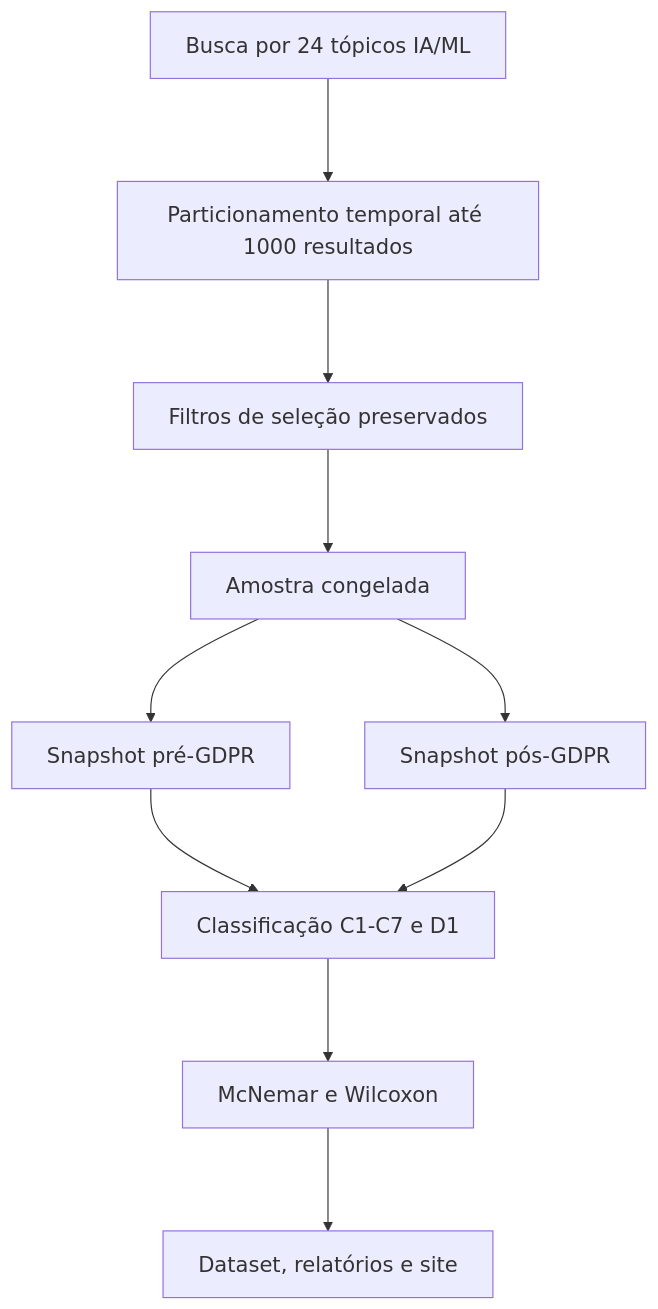
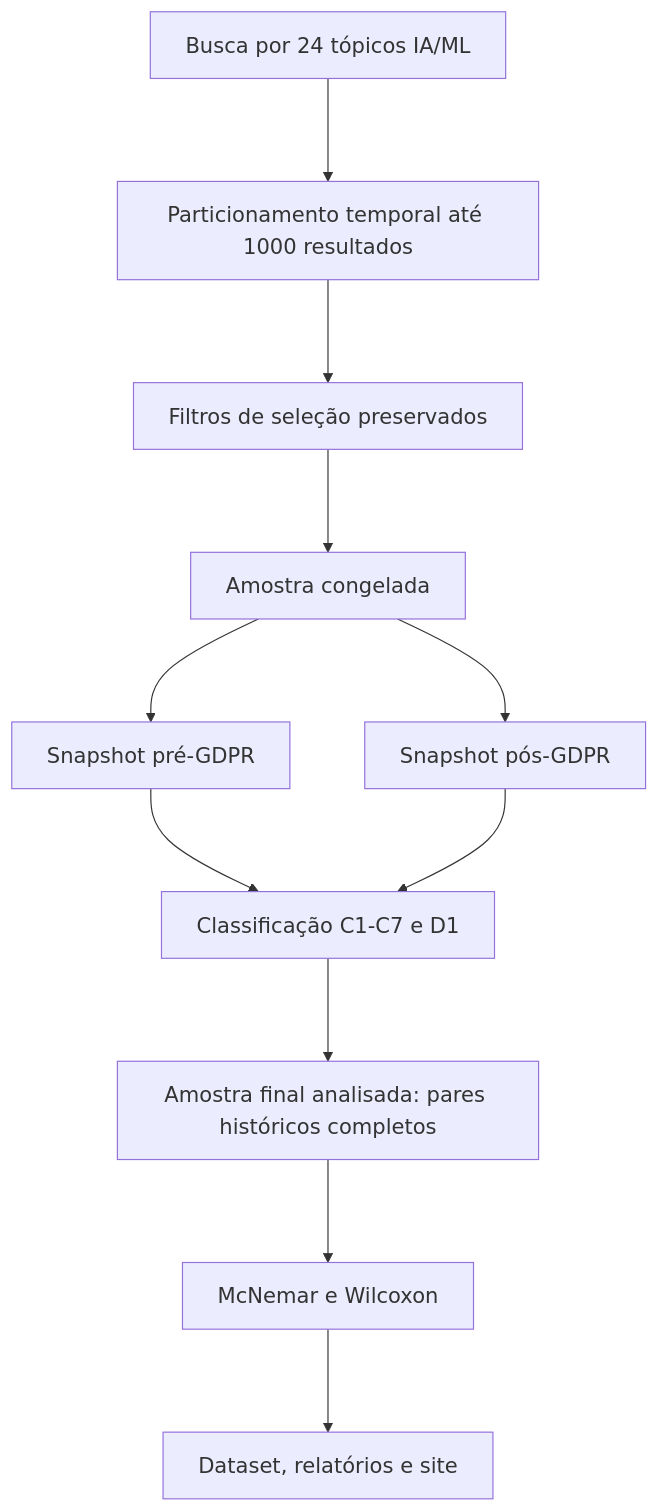
One commit to diegopn/github-ai-ml-privacy-documentation-gdpr changed the diagram in index.qmd. Above: the diagram before and after it, drawn with Mermaid. The commit also changed other lines of this file and 23 other files, not shown here.

````diff
--- a/index.qmd
+++ b/index.qmd
@@ -306,13 +302,14 @@
 ```{mermaid}
 %%{init: {"themeVariables": {"fontSize": "18px", "fontFamily": "Montserrat, Arial, sans-serif"}, "flowchart": {"nodeSpacing": 64, "rankSpacing": 88, "diagramPadding": 28, "wrappingWidth": 300, "minNodeWidth": 280}}}%%
 flowchart TD
   A[Busca por 24 tópicos IA/ML] --> B[Particionamento temporal até 1000 resultados]
   B --> C[Filtros de seleção preservados]
   C --> D[Amostra congelada]
   D --> E[Snapshot pré-GDPR]
   D --> F[Snapshot pós-GDPR]
   E --> G[Classificação C1-C7 e D1]
   F --> G
-  G --> H[McNemar e Wilcoxon]
+  G --> J[Amostra final analisada: pares históricos completos]
+  J --> H[McNemar e Wilcoxon]
   H --> I[Dataset, relatórios e site]
 ```
````
